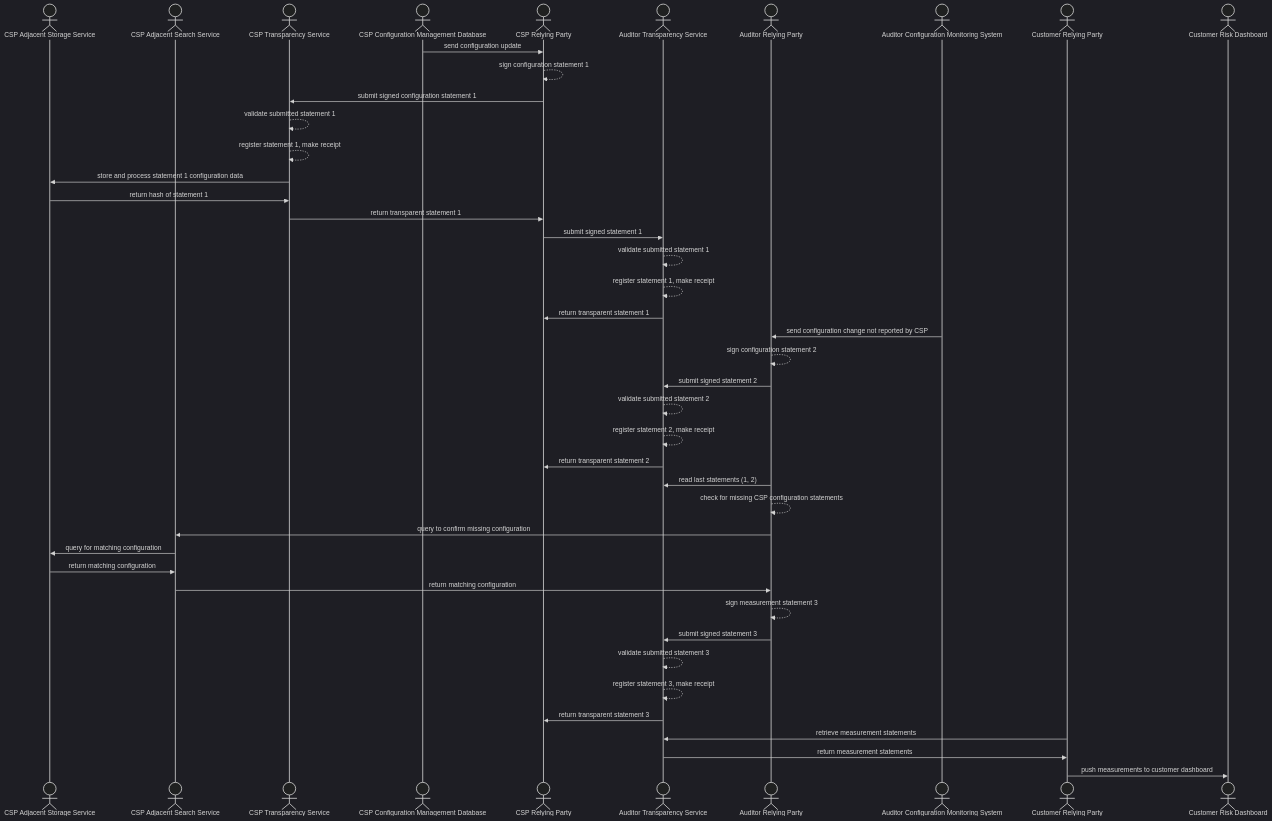
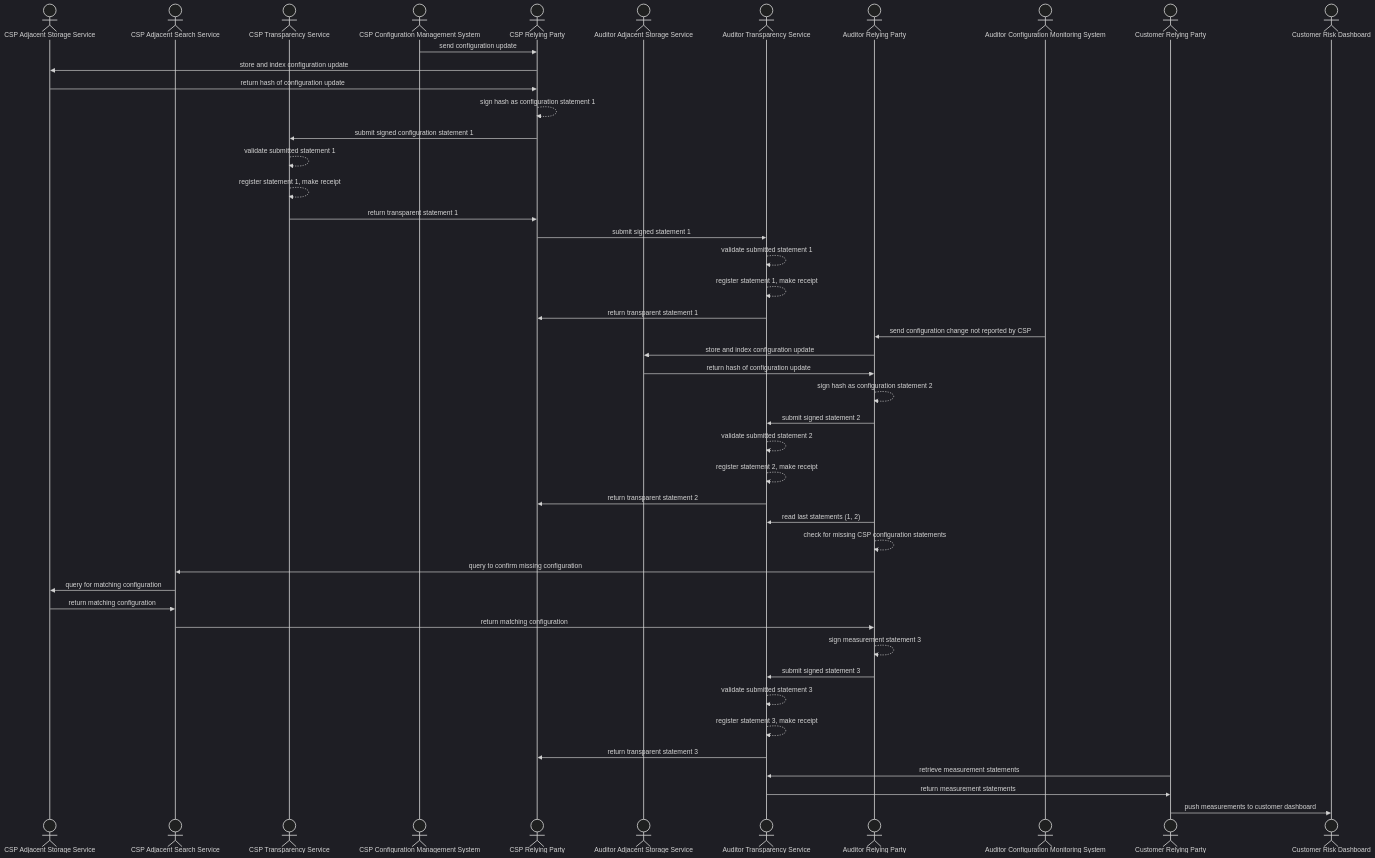
The diagram in docs/use-case_configuration.mmd (aj-stein/conmotion), drawn with Mermaid (dark theme) before and after one commit. The commit also changed 1 other file, not shown here.

Commit message:
Woops, correct flow adjacent service use in UC flows

```diff
--- a/docs/use-case_configuration.mmd
+++ b/docs/use-case_configuration.mmd
@@ -1,43 +1,46 @@
   sequenceDiagram
           actor CSP_TS_STORE as CSP Adjacent Storage Service
           actor CSP_TS_SEARCH as CSP Adjacent Search Service
           actor CSP_TS as CSP Transparency Service
-          actor CSP_CMBD as CSP Configuration Management Database
+          actor CSP_CMS as CSP Configuration Management System
           actor CSP_RP as CSP Relying Party
+          actor AUDITOR_TS_STORE as Auditor Adjacent Storage Service        
           actor AUDITOR_TS as Auditor Transparency Service
           actor AUDITOR_RP as Auditor Relying Party
           actor AUDITOR_CMS as Auditor Configuration Monitoring System
           actor CUSTOMER_RP as Customer Relying Party
           actor CUSTOMER_GRC as Customer Risk Dashboard
-          CSP_CMBD->>CSP_RP: send configuration update
-          CSP_RP-->>CSP_RP: sign configuration statement 1
+          CSP_CMS->>CSP_RP: send configuration update
+          CSP_RP->>CSP_TS_STORE: store and index configuration update
+          CSP_TS_STORE->>CSP_RP: return hash of configuration update
+          CSP_RP-->>CSP_RP: sign hash as configuration statement 1
           CSP_RP->>CSP_TS: submit signed configuration statement 1
           CSP_TS-->>CSP_TS: validate submitted statement 1
           CSP_TS-->>CSP_TS: register statement 1, make receipt
-          CSP_TS->>CSP_TS_STORE: store and process statement 1 configuration data
-          CSP_TS_STORE->>CSP_TS: return hash of statement 1
           CSP_TS->>CSP_RP: return transparent statement 1
           CSP_RP->>AUDITOR_TS: submit signed statement 1
           AUDITOR_TS-->>AUDITOR_TS: validate submitted statement 1
           AUDITOR_TS-->>AUDITOR_TS: register statement 1, make receipt
           AUDITOR_TS->>CSP_RP: return transparent statement 1
           AUDITOR_CMS->>AUDITOR_RP: send configuration change not reported by CSP
-          AUDITOR_RP-->>AUDITOR_RP: sign configuration statement 2
+          AUDITOR_RP->>AUDITOR_TS_STORE: store and index configuration update
+          AUDITOR_TS_STORE->>AUDITOR_RP: return hash of configuration update          
+          AUDITOR_RP-->>AUDITOR_RP: sign hash as configuration statement 2
           AUDITOR_RP->>AUDITOR_TS: submit signed statement 2
           AUDITOR_TS-->>AUDITOR_TS: validate submitted statement 2
           AUDITOR_TS-->>AUDITOR_TS: register statement 2, make receipt
           AUDITOR_TS->>CSP_RP: return transparent statement 2
           AUDITOR_RP->>AUDITOR_TS: read last statements (1, 2)
           AUDITOR_RP-->>AUDITOR_RP: check for missing CSP configuration statements
           AUDITOR_RP->>CSP_TS_SEARCH: query to confirm missing configuration
           CSP_TS_SEARCH->>CSP_TS_STORE: query for matching configuration
           CSP_TS_STORE->>CSP_TS_SEARCH: return matching configuration
           CSP_TS_SEARCH->>AUDITOR_RP: return matching configuration
           AUDITOR_RP-->>AUDITOR_RP: sign measurement statement 3
           AUDITOR_RP->>AUDITOR_TS: submit signed statement 3
           AUDITOR_TS-->>AUDITOR_TS: validate submitted statement 3
           AUDITOR_TS-->>AUDITOR_TS: register statement 3, make receipt
           AUDITOR_TS->>CSP_RP: return transparent statement 3
           CUSTOMER_RP->>AUDITOR_TS: retrieve measurement statements
           AUDITOR_TS->>CUSTOMER_RP: return measurement statements
-          CUSTOMER_RP->>CUSTOMER_GRC: push measurements to customer dashboard 
+          CUSTOMER_RP->>CUSTOMER_GRC: push measurements to customer dashboard
```
